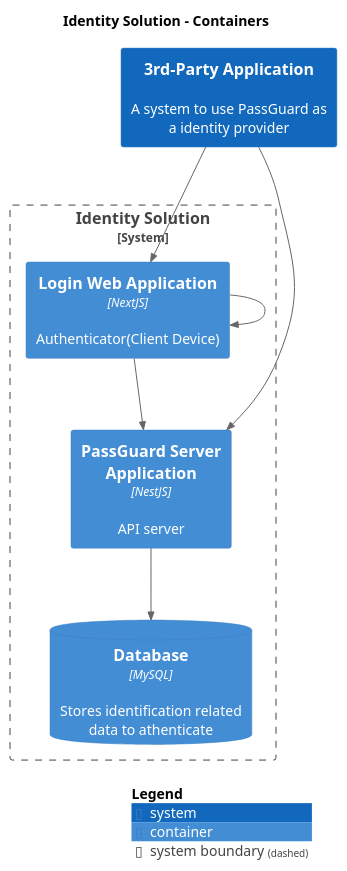
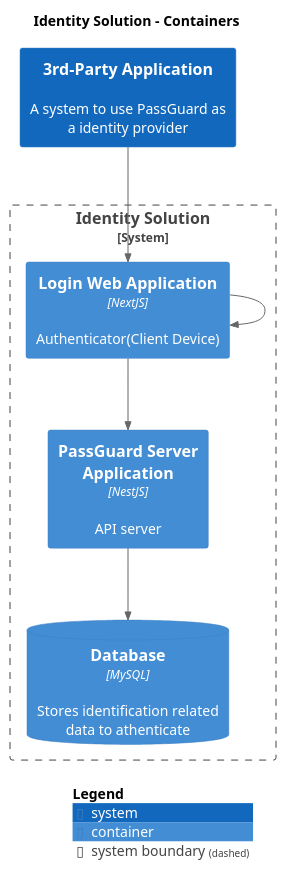
The diagram in master/puml/Containers.puml (IntellectusCorp/passguard-docs), drawn with PlantUML before and after one commit. The commit also changed 27 other files, not shown here.

```diff
--- a/master/puml/Containers.puml
+++ b/master/puml/Containers.puml
@@ -1,26 +1,25 @@
 @startuml
 set separator none
 title Identity Solution - Containers
 
 top to bottom direction
 
 !include <C4/C4>
 !include <C4/C4_Context>
 !include <C4/C4_Container>
 
 System(3rdPartyApplication, "3rd-Party Application", $descr="A system to use PassGuard as a identity provider", $tags="", $link="")
 
 System_Boundary("IdentitySolution_boundary", "Identity Solution", $tags="") {
+  ContainerDb(IdentitySolution.Database, "Database", $techn="MySQL", $descr="Stores identification related data to athenticate", $tags="", $link="")
   Container(IdentitySolution.LoginWebApplication, "Login Web Application", $techn="NextJS", $descr="Authenticator(Client Device)", $tags="", $link="")
   Container(IdentitySolution.PassGuardServerApplication, "PassGuard Server Application", $techn="NestJS", $descr="API server", $tags="", $link="")
-  ContainerDb(IdentitySolution.Database, "Database", $techn="MySQL", $descr="Stores identification related data to athenticate", $tags="", $link="")
 }
 
 Rel(IdentitySolution.PassGuardServerApplication, IdentitySolution.Database, "", $techn="", $tags="", $link="")
 Rel(3rdPartyApplication, IdentitySolution.LoginWebApplication, "", $techn="", $tags="", $link="")
 Rel(IdentitySolution.LoginWebApplication, IdentitySolution.PassGuardServerApplication, "", $techn="", $tags="", $link="")
 Rel(IdentitySolution.LoginWebApplication, IdentitySolution.LoginWebApplication, "", $techn="", $tags="", $link="")
-Rel(3rdPartyApplication, IdentitySolution.PassGuardServerApplication, "", $techn="", $tags="", $link="")
 
 SHOW_LEGEND(true)
 @enduml
```
